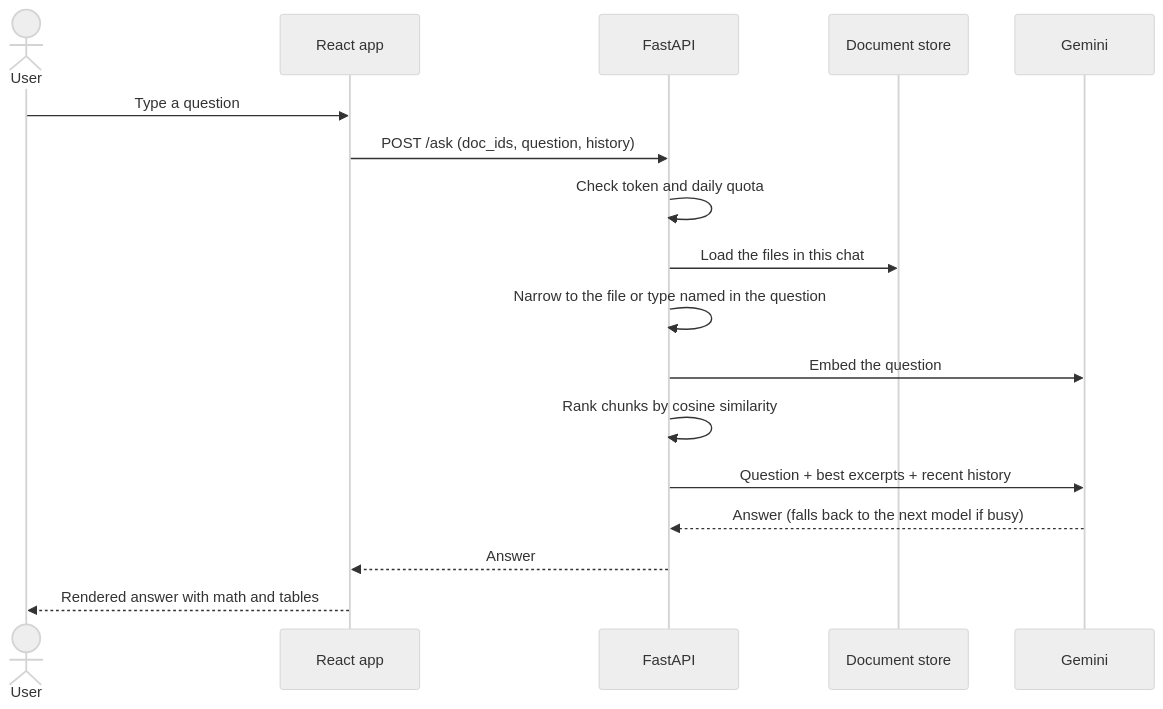
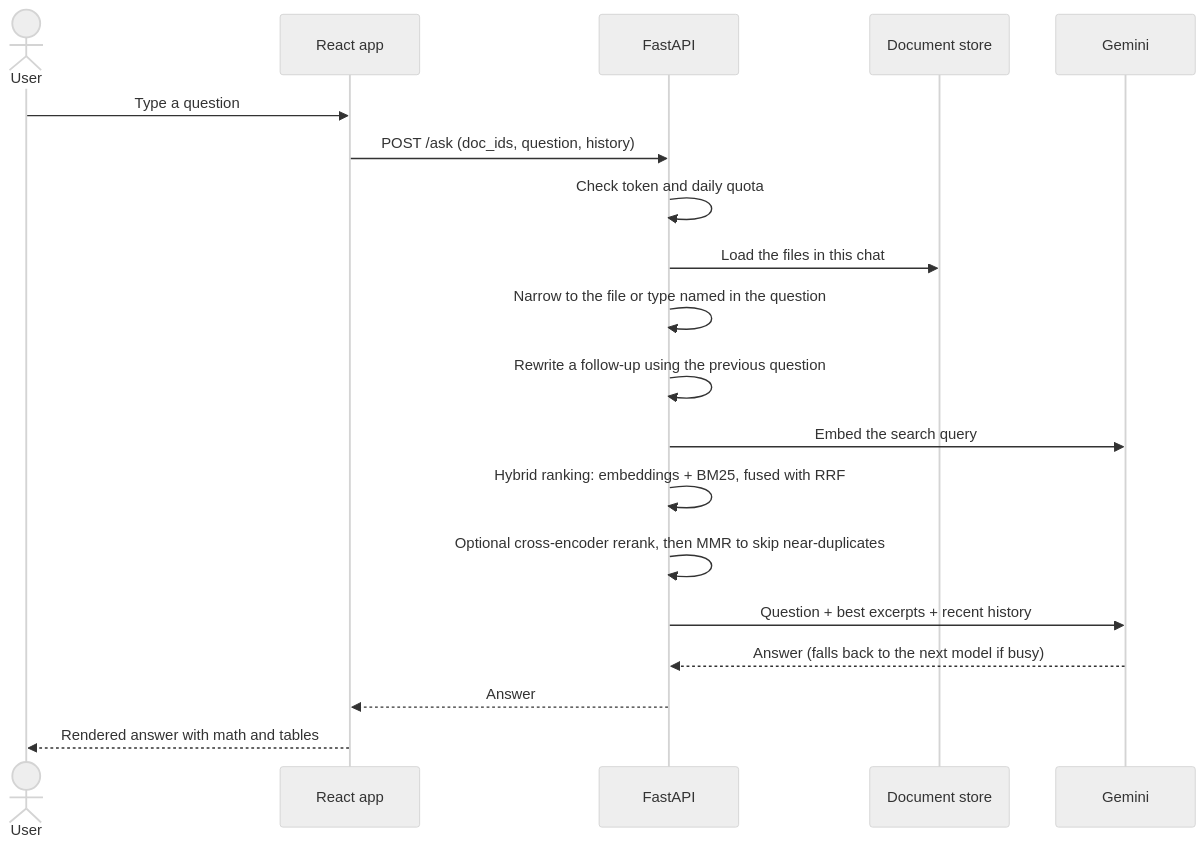
The third of 4 diagrams in README.md (Vigesh-VS/Pagehound), drawn with Mermaid (neutral theme) before and after one commit. The commit also changed other lines of this file and 21 other files, not shown here.

````diff
--- a/README.md
+++ b/README.md
@@ -110,20 +111,22 @@
 ```mermaid
 sequenceDiagram
     actor User
     participant App as React app
     participant API as FastAPI
     participant Store as Document store
     participant G as Gemini
 
     User->>App: Type a question
     App->>API: POST /ask (doc_ids, question, history)
     API->>API: Check token and daily quota
     API->>Store: Load the files in this chat
     API->>API: Narrow to the file or type named in the question
-    API->>G: Embed the question
-    API->>API: Rank chunks by cosine similarity
+    API->>API: Rewrite a follow-up using the previous question
+    API->>G: Embed the search query
+    API->>API: Hybrid ranking: embeddings + BM25, fused with RRF
+    API->>API: Optional cross-encoder rerank, then MMR to skip near-duplicates
     API->>G: Question + best excerpts + recent history
     G-->>API: Answer (falls back to the next model if busy)
     API-->>App: Answer
     App-->>User: Rendered answer with math and tables
 ```
````
